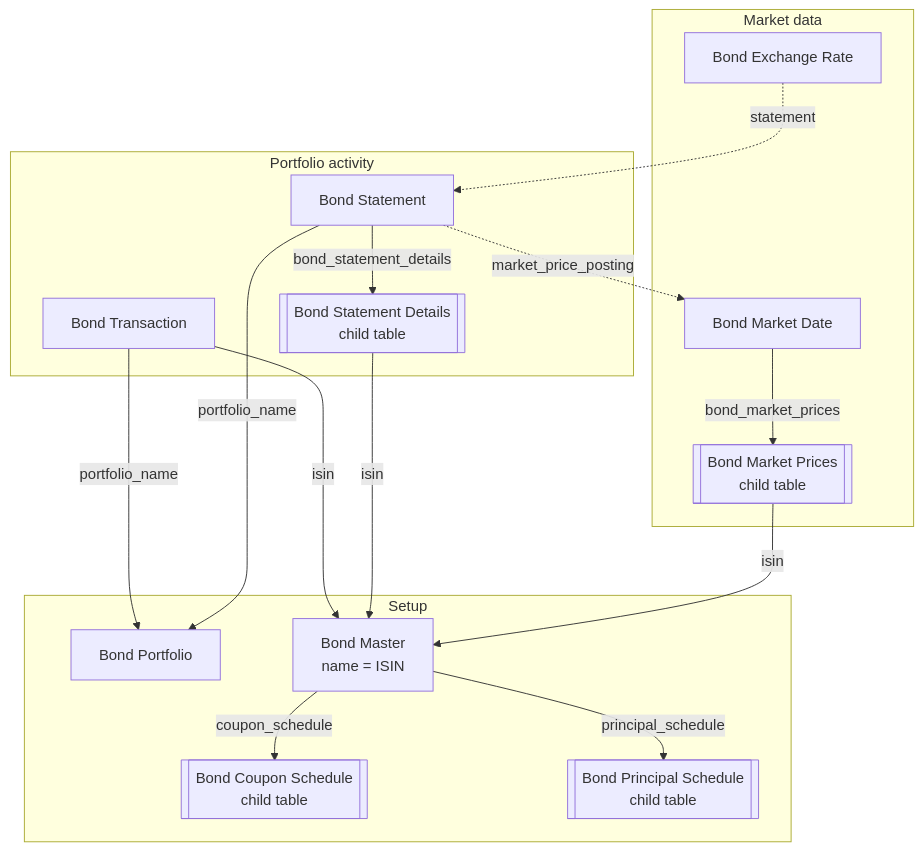
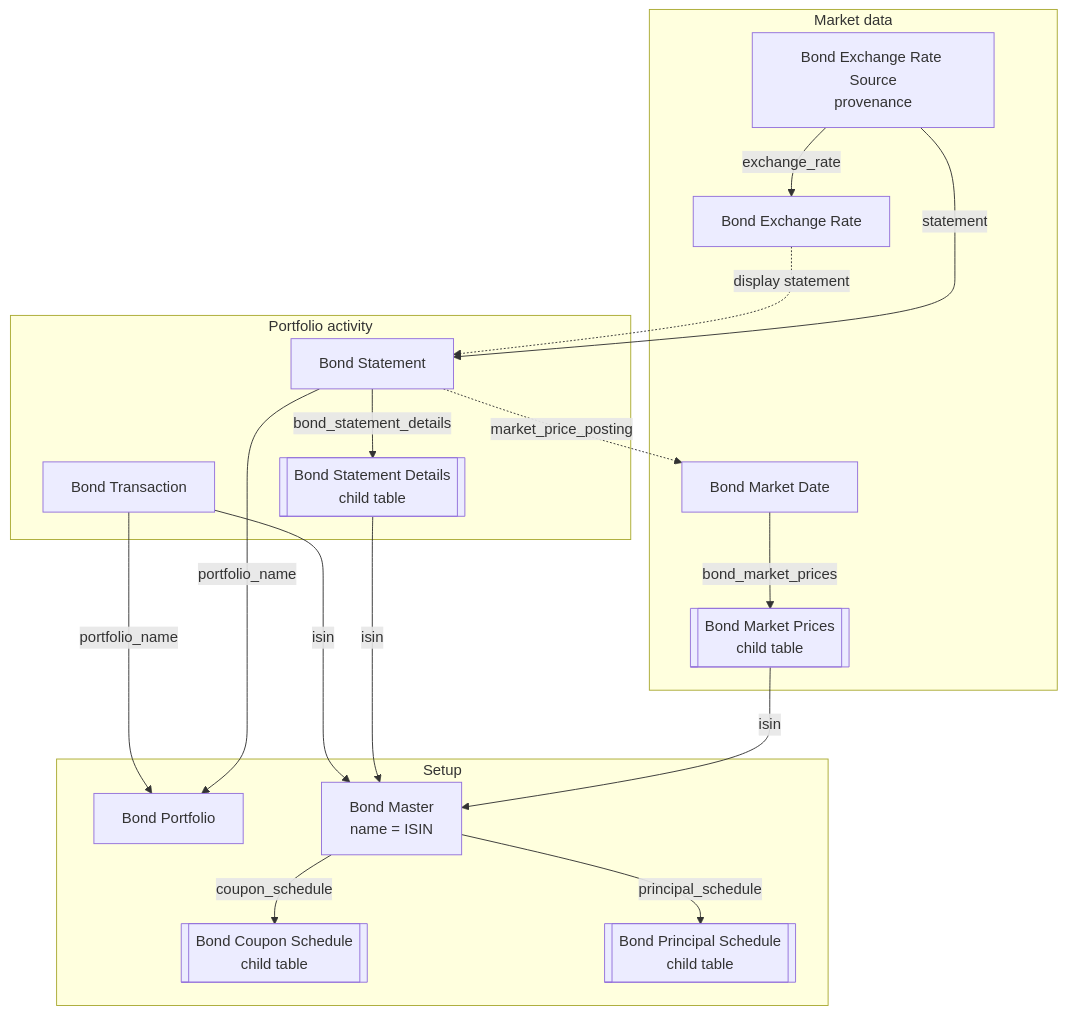
One commit to dee-pat/bond_management changed the first of 2 diagrams in docs/domain-model.md. Above: the diagram before and after it, drawn with Mermaid. The commit also changed other lines of this file and 37 other files, not shown here.

````diff
--- a/docs/domain-model.md
+++ b/docs/domain-model.md
@@ -16,35 +16,38 @@
 ```mermaid
 flowchart TB
     subgraph Setup["Setup"]
         BP["Bond Portfolio"]
         BM["Bond Master<br/>name = ISIN"]
         BCS[["Bond Coupon Schedule<br/>child table"]]
         BPS[["Bond Principal Schedule<br/>child table"]]
     end
 
     subgraph Activity["Portfolio activity"]
         BT["Bond Transaction"]
         BS["Bond Statement"]
         BSD[["Bond Statement Details<br/>child table"]]
     end
 
     subgraph Market["Market data"]
         BMD["Bond Market Date"]
         BMP[["Bond Market Prices<br/>child table"]]
         BER["Bond Exchange Rate"]
+        BERS["Bond Exchange Rate Source<br/>provenance"]
     end
 
     BM -->|"coupon_schedule"| BCS
     BM -->|"principal_schedule"| BPS
 
     BT -->|"portfolio_name"| BP
     BT -->|"isin"| BM
     BS -->|"portfolio_name"| BP
     BS -->|"bond_statement_details"| BSD
     BSD -->|"isin"| BM
 
     BMD -->|"bond_market_prices"| BMP
     BMP -->|"isin"| BM
     BS -.->|"market_price_posting"| BMD
-    BER -.->|"statement"| BS
+    BER -.->|"display statement"| BS
+    BERS -->|"exchange_rate"| BER
+    BERS -->|"statement"| BS
 ```
````
